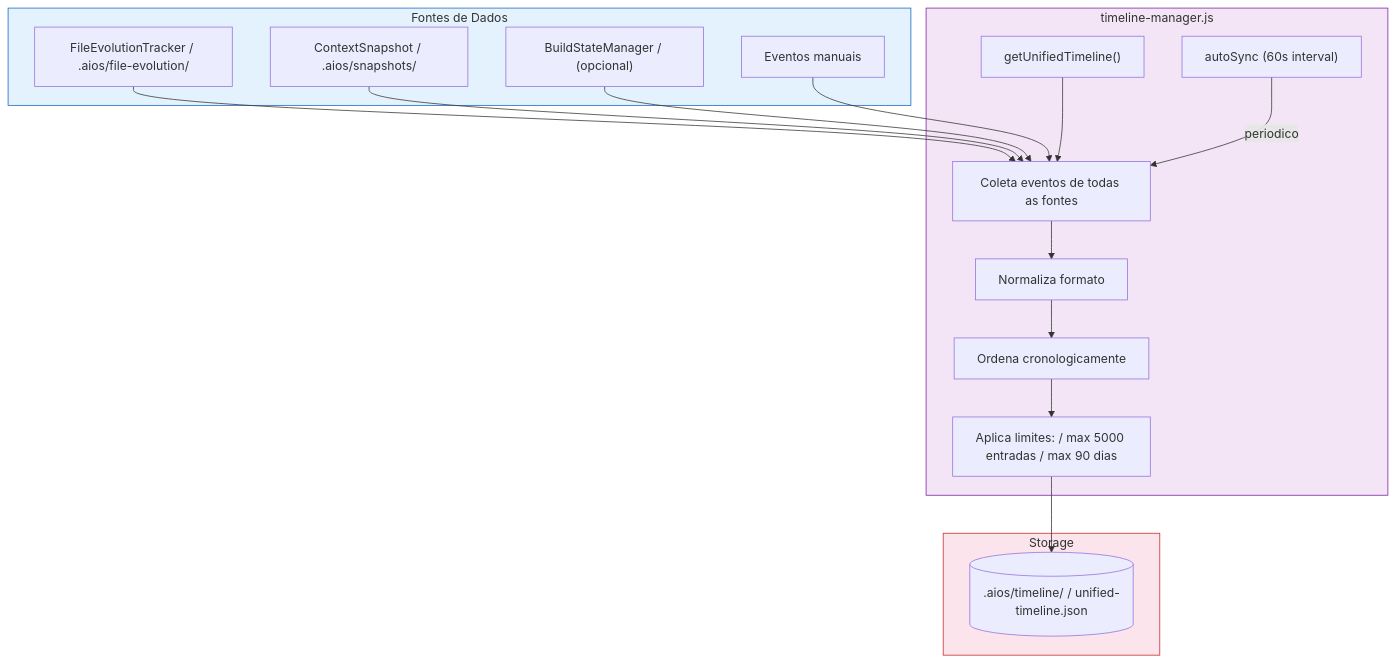
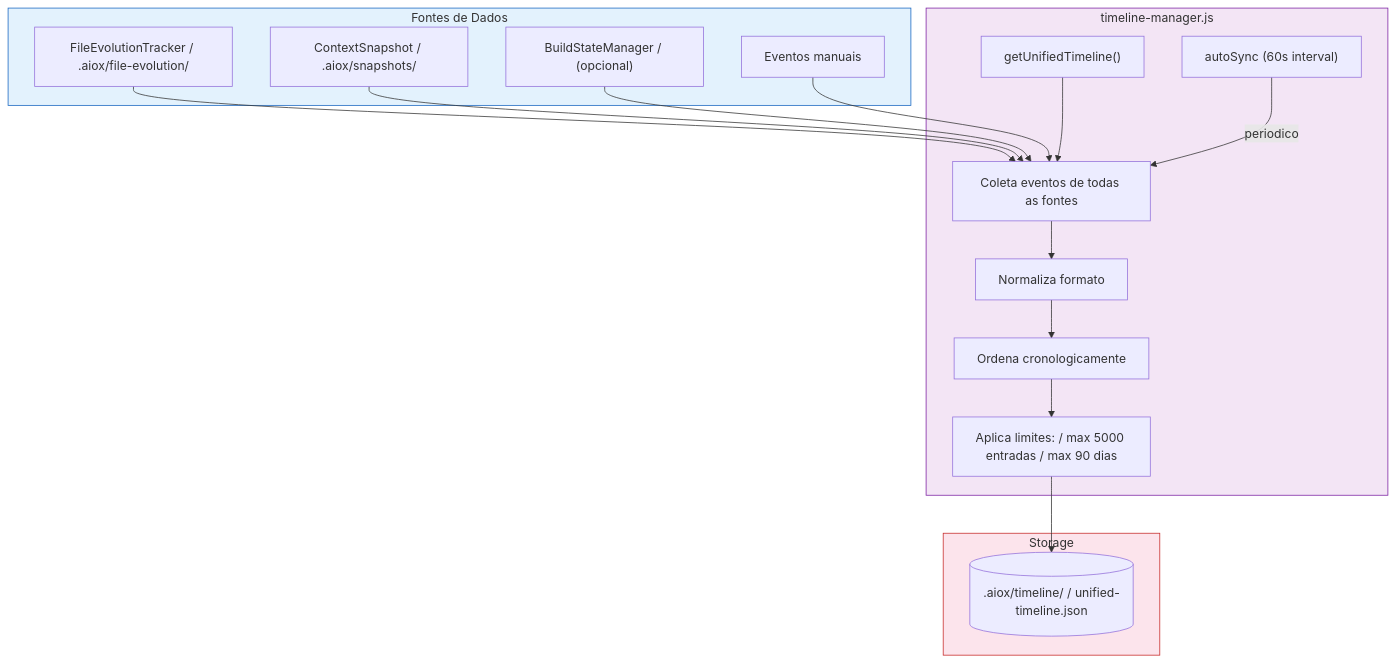
Diagram 16 of 18 in content/en/docs/guides/MEMORY-SYSTEM.mdx (bychrisr/aios-docs), drawn with Mermaid before and after one commit. The commit also changed other lines of this file and 564 other files, not shown here.

````diff
--- a/content/en/docs/guides/MEMORY-SYSTEM.mdx
+++ b/content/en/docs/guides/MEMORY-SYSTEM.mdx
@@ -719,37 +719,37 @@
 ```mermaid
 flowchart TD
     subgraph SOURCES["Fontes de Dados"]
-        SRC1["FileEvolutionTracker / .aios/file-evolution/"]
-        SRC2["ContextSnapshot / .aios/snapshots/"]
+        SRC1["FileEvolutionTracker / .aiox/file-evolution/"]
+        SRC2["ContextSnapshot / .aiox/snapshots/"]
         SRC3["BuildStateManager / (opcional)"]
         SRC4["Eventos manuais"]
     end
 
     subgraph TIMELINE["timeline-manager.js"]
         TM1["getUnifiedTimeline()"]
         TM2["Coleta eventos de todas as fontes"]
         TM3["Normaliza formato"]
         TM4["Ordena cronologicamente"]
         TM5["Aplica limites: / max 5000 entradas / max 90 dias"]
         TM6["autoSync (60s interval)"]
     end
 
     subgraph STORAGE["Storage"]
-        ST1[(".aios/timeline/ / unified-timeline.json")]
+        ST1[(".aiox/timeline/ / unified-timeline.json")]
     end
 
     SRC1 --> TM2
     SRC2 --> TM2
     SRC3 --> TM2
     SRC4 --> TM2
     TM1 --> TM2
     TM2 --> TM3
     TM3 --> TM4
     TM4 --> TM5
     TM5 --> ST1
     TM6 -->|"periodico"| TM2
 
     style SOURCES fill:#E3F2FD,stroke:#1565C0
     style TIMELINE fill:#F3E5F5,stroke:#7B1FA2
     style STORAGE fill:#FCE4EC,stroke:#C62828
 ```
````
